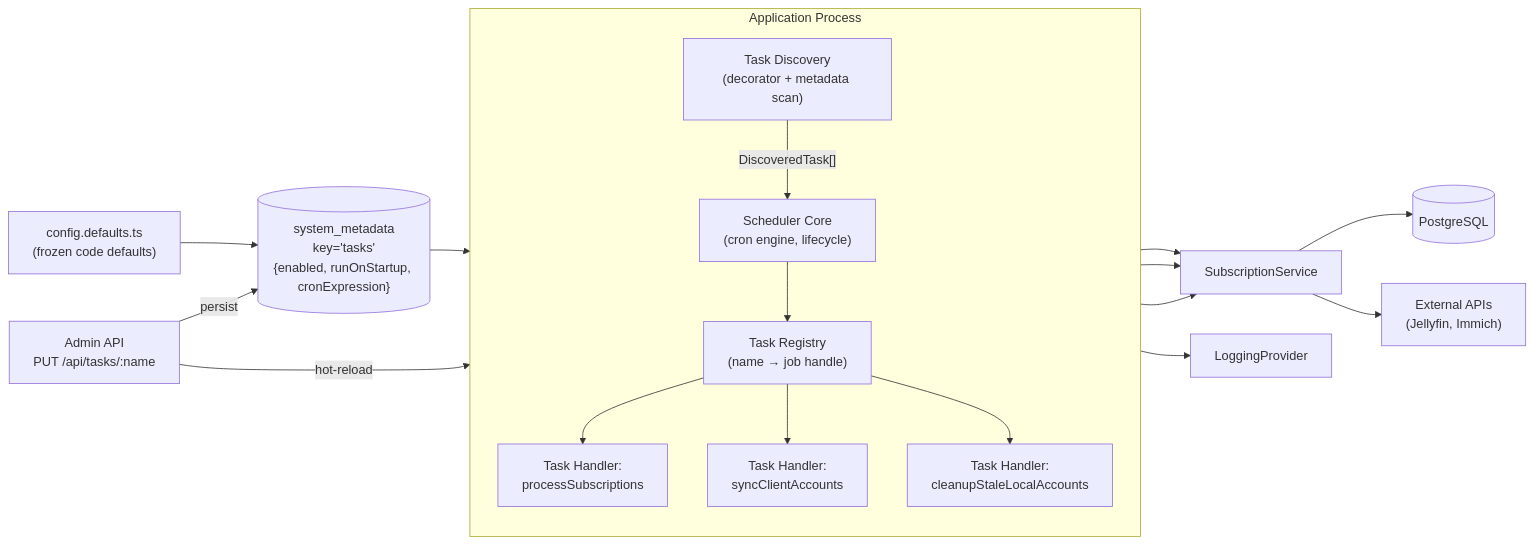
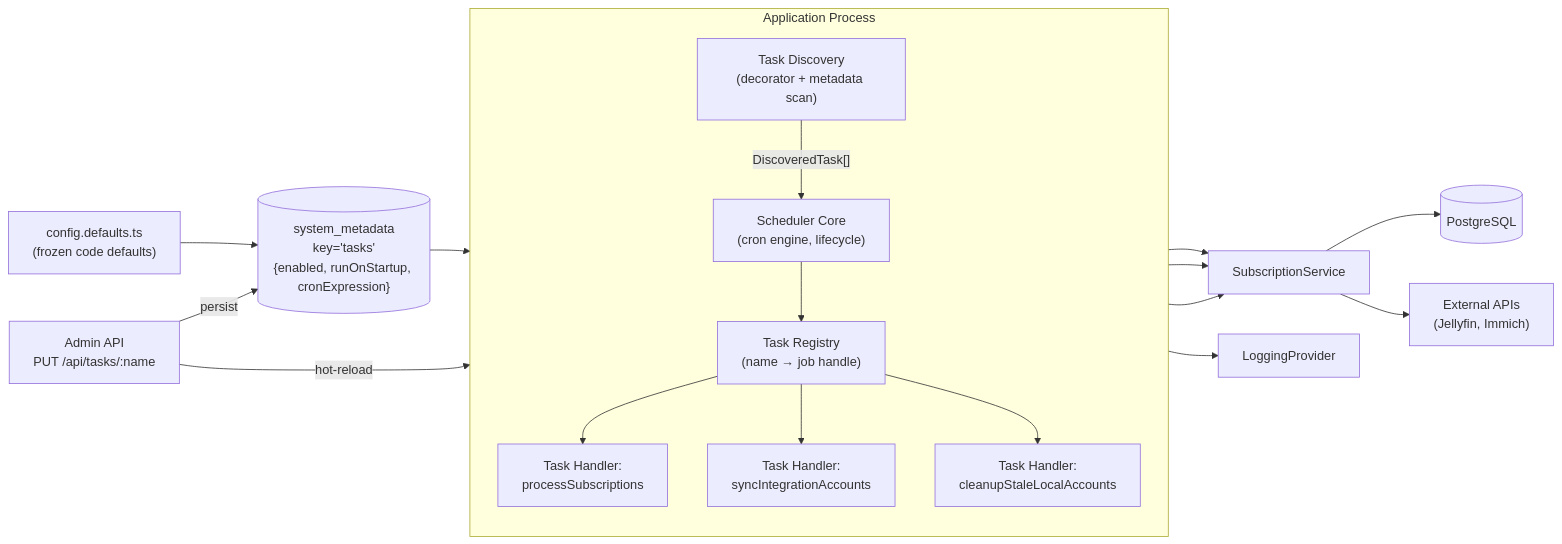
The first of 4 diagrams in server/docs/scheduler.md (samAljailani/HomeGate), drawn with Mermaid before and after one commit. The commit also changed other lines of this file and 32 other files, not shown here.

Commit message:
refactor: rename application client layer to account integration providers

````diff
--- a/server/docs/scheduler.md
+++ b/server/docs/scheduler.md
@@ -7,24 +7,24 @@
 ```mermaid
 flowchart LR
     subgraph App["Application Process"]
         direction TB
         DISC["Task Discovery<br/>(decorator + metadata scan)"]
         SCHED["Scheduler Core<br/>(cron engine, lifecycle)"]
         REG["Task Registry<br/>(name → job handle)"]
         H1["Task Handler:<br/>processSubscriptions"]
-        H2["Task Handler:<br/>syncClientAccounts"]
+        H2["Task Handler:<br/>syncIntegrationAccounts"]
         H3["Task Handler:<br/>cleanupStaleLocalAccounts"]
     end
 
     SMETA[("system_metadata<br/>key='tasks'<br/>{enabled, runOnStartup, cronExpression}")] --> SCHED
     DEFAULTS["config.defaults.ts<br/>(frozen code defaults)"] --> SMETA
     DISC -->|"DiscoveredTask[]"| SCHED
     SCHED --> REG
     REG --> H1 & H2 & H3
     H1 & H2 & H3 --> SVC["SubscriptionService"]
     SVC --> DB[("PostgreSQL")]
     SVC --> EXT["External APIs<br/>(Jellyfin, Immich)"]
     SCHED --> OBS["LoggingProvider"]
     ADMIN["Admin API<br/>PUT /api/tasks/:name"] -->|hot-reload| SCHED
     ADMIN -->|persist| SMETA
 ```
````
